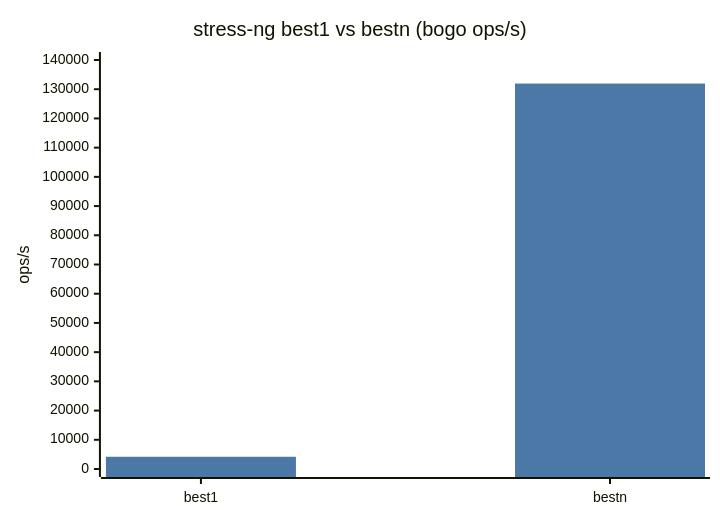
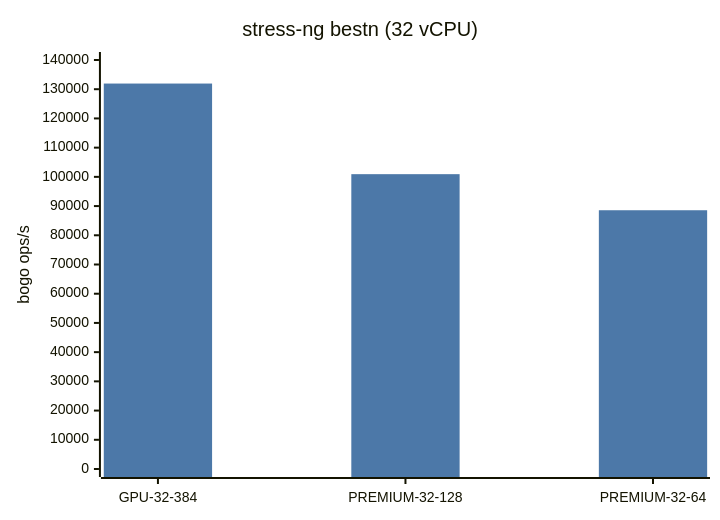
Before and after one commit to SpareCores/sc-db-benchmark-tmp: the third of 5 diagrams in UPCLOUD_GPU_VS_PREMIUM_PGBENCH.md, drawn with Mermaid. The commit also changed other lines of this file, not shown here.

````diff
--- a/UPCLOUD_GPU_VS_PREMIUM_PGBENCH.md
+++ b/UPCLOUD_GPU_VS_PREMIUM_PGBENCH.md
@@ -127,13 +126,13 @@
 ```mermaid
 ---
 config:
   themeVariables:
     xyChart:
-      plotColorPalette: "#4c78a8, #c44e52"
+      plotColorPalette: "#4c78a8, #f28e2b, #c44e52"
 ---
 xychart-beta
-    title "stress-ng best1 vs bestn (bogo ops/s)"
-    x-axis [best1, bestn]
-    y-axis "ops/s" 0 --> 140000
-    bar [4187, 131938]
+    title "stress-ng bestn (32 vCPU)"
+    x-axis [GPU-32-384, PREMIUM-32-128, PREMIUM-32-64]
+    y-axis "bogo ops/s" 0 --> 140000
+    bar [131938, 100921, 88572]
 ```
````
